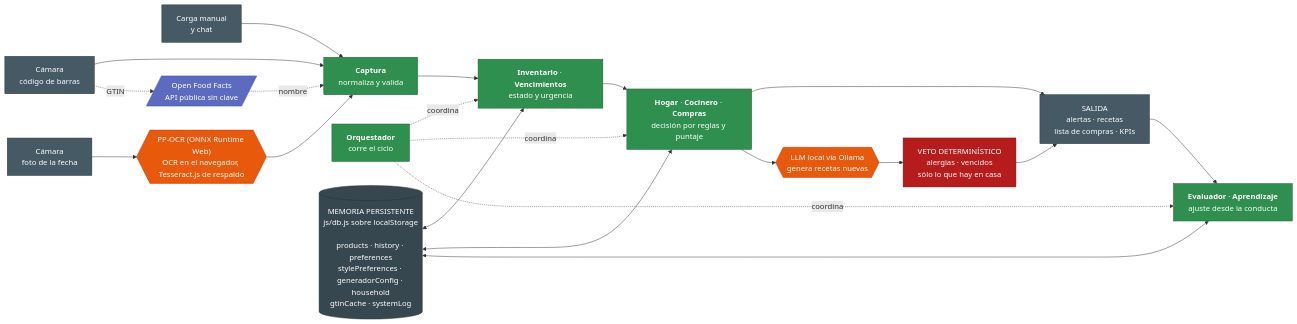
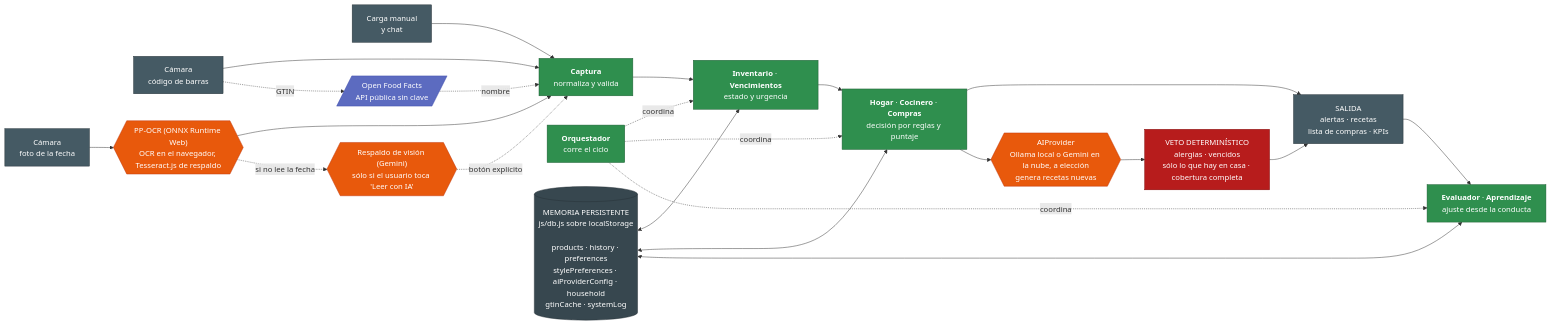
One commit to pablomonsalvo76/despensa-inteligente changed the first of 5 diagrams in docs/DIAGRAMAS.md. Above: the diagram before and after it, drawn with Mermaid. The commit also changed other lines of this file and 12 other files, not shown here.

````diff
--- a/docs/DIAGRAMAS.md
+++ b/docs/DIAGRAMAS.md
@@ -14,51 +14,53 @@
 ```mermaid
 flowchart LR
     E1["Cámara<br/>código de barras"]
     E2["Cámara<br/>foto de la fecha"]
     E3["Carga manual<br/>y chat"]
 
     IA1{{"PP-OCR (ONNX Runtime Web)<br/>OCR en el navegador, Tesseract.js de respaldo"}}
+    IAV{{"Respaldo de visión (Gemini)<br/>sólo si el usuario toca 'Leer con IA'"}}
     X1[/"Open Food Facts<br/>API pública sin clave"/]
 
     L1["<b>Captura</b><br/>normaliza y valida"]
     L2["<b>Inventario</b> · <b>Vencimientos</b><br/>estado y urgencia"]
     L3["<b>Hogar</b> · <b>Cocinero</b> · <b>Compras</b><br/>decisión por reglas y puntaje"]
     L4["<b>Evaluador</b> · <b>Aprendizaje</b><br/>ajuste desde la conducta"]
     ORQ["<b>Orquestador</b><br/>corre el ciclo"]
 
-    IA2{{"LLM local vía Ollama<br/>genera recetas nuevas"}}
-    VETO["VETO DETERMINÍSTICO<br/>alergias · vencidos<br/>sólo lo que hay en casa"]
+    IA2{{"AIProvider<br/>Ollama local o Gemini en la nube, a elección<br/>genera recetas nuevas"}}
+    VETO["VETO DETERMINÍSTICO<br/>alergias · vencidos<br/>sólo lo que hay en casa · cobertura completa"]
 
-    DB[("MEMORIA PERSISTENTE<br/>js/db.js sobre localStorage<br/><br/>products · history · preferences<br/>stylePreferences · generadorConfig · household<br/>gtinCache · systemLog")]
+    DB[("MEMORIA PERSISTENTE<br/>js/db.js sobre localStorage<br/><br/>products · history · preferences<br/>stylePreferences · aiProviderConfig · household<br/>gtinCache · systemLog")]
 
     OUT["SALIDA<br/>alertas · recetas<br/>lista de compras · KPIs"]
 
     E1 --> L1
     E2 --> IA1 --> L1
+    IA1 -. si no lee la fecha .-> IAV -. botón explícito .-> L1
     E3 --> L1
     E1 -. GTIN .-> X1 -. nombre .-> L1
 
     L1 --> L2 --> L3 --> OUT
     L3 --> IA2 --> VETO --> OUT
     OUT --> L4
     ORQ -.coordina.-> L2
     ORQ -.coordina.-> L3
     ORQ -.coordina.-> L4
 
     DB <--> L2
     DB <--> L3
     DB <--> L4
 
     classDef ia fill:#e8590c,stroke:#bf360c,color:#fff
     classDef logica fill:#2f8f4e,stroke:#1c5c32,color:#fff
     classDef mem fill:#37474f,stroke:#263238,color:#fff
     classDef ext fill:#5c6bc0,stroke:#3949ab,color:#fff
     classDef veto fill:#b71c1c,stroke:#7f0000,color:#fff
     classDef io fill:#455a64,stroke:#263238,color:#fff
-    class IA1,IA2 ia
+    class IA1,IA2,IAV ia
     class L1,L2,L3,L4,ORQ logica
     class VETO veto
     class DB mem
     class X1 ext
     class E1,E2,E3,OUT io
 ```
````
